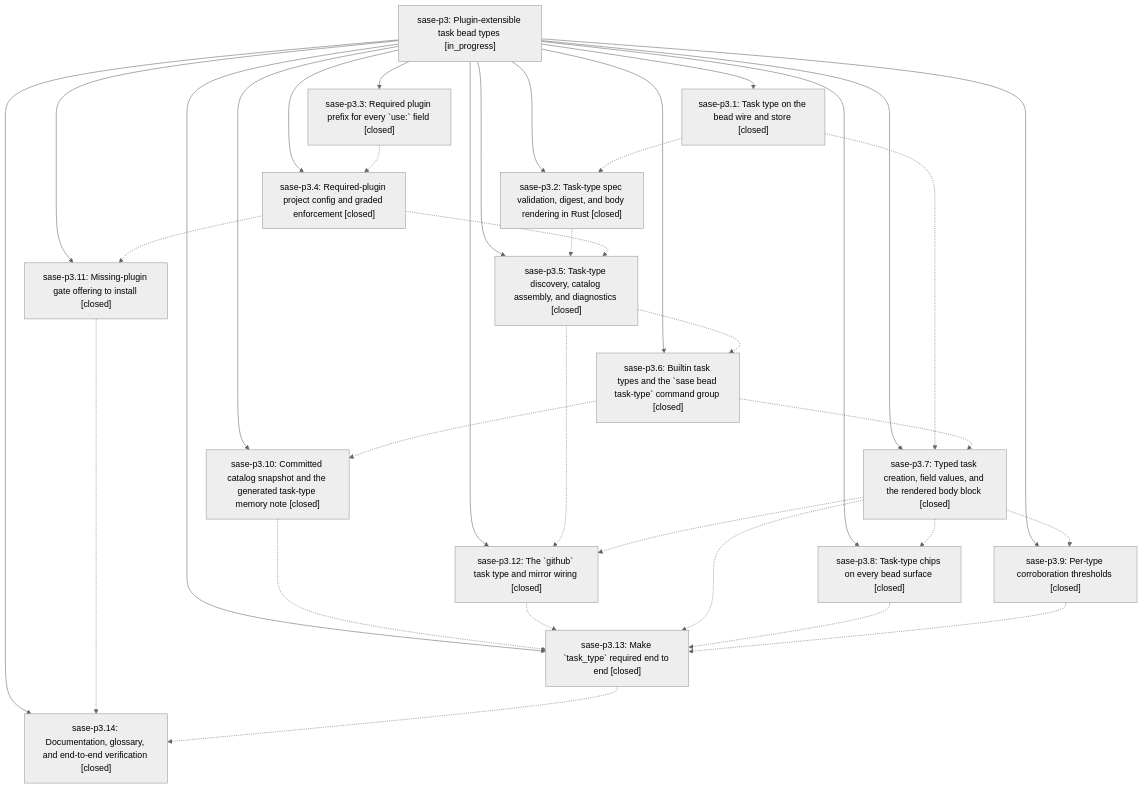
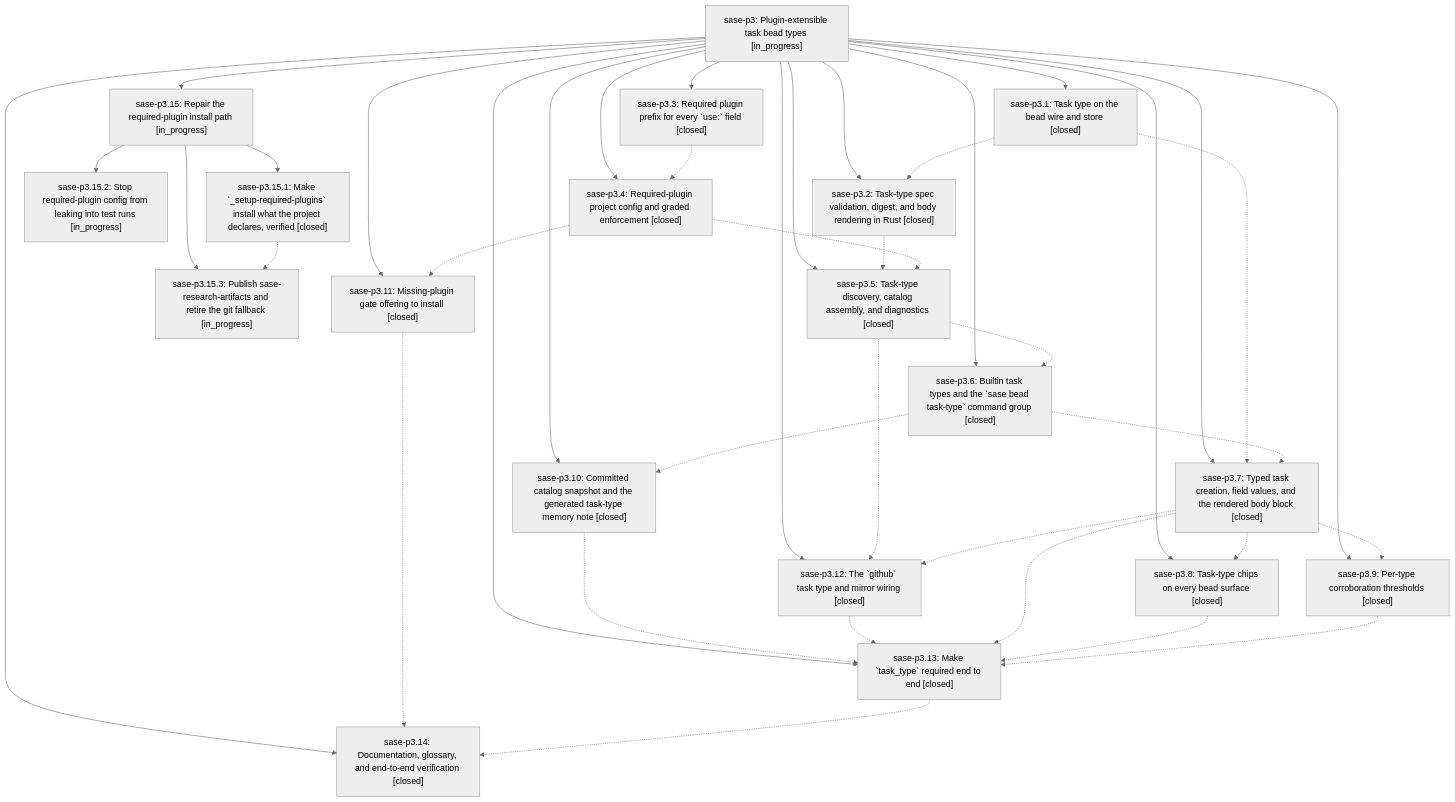
One commit to sase-org/sase--beads changed the diagram in pages/sase-p3/README.md. Above: the diagram before and after it, drawn with Mermaid (neutral theme). The commit also changed other lines of this file and 5 other files, not shown here.

First line of the commit message:
chore(beads): sync bead state and pages for sase-p3

````diff
--- a/pages/sase-p3/README.md
+++ b/pages/sase-p3/README.md
@@ -86,52 +86,61 @@
 ```mermaid
 flowchart TD
     n0["sase-p3: Plugin-extensible task bead types [in_progress]"]
     n1["sase-p3.1: Task type on the bead wire and store [closed]"]
     n2["sase-p3.10: Committed catalog snapshot and the generated task-type memory note [closed]"]
     n3["sase-p3.11: Missing-plugin gate offering to install [closed]"]
     n4["sase-p3.12: The `github` task type and mirror wiring [closed]"]
     n5["sase-p3.13: Make `task_type` required end to end [closed]"]
     n6["sase-p3.14: Documentation, glossary, and end-to-end verification [closed]"]
-    n7["sase-p3.2: Task-type spec validation, digest, and body rendering in Rust [closed]"]
-    n8["sase-p3.3: Required plugin prefix for every `use:` field [closed]"]
-    n9["sase-p3.4: Required-plugin project config and graded enforcement [closed]"]
-    n10["sase-p3.5: Task-type discovery, catalog assembly, and diagnostics [closed]"]
-    n11["sase-p3.6: Builtin task types and the `sase bead task-type` command group [closed]"]
-    n12["sase-p3.7: Typed task creation, field values, and the rendered body block [closed]"]
-    n13["sase-p3.8: Task-type chips on every bead surface [closed]"]
-    n14["sase-p3.9: Per-type corroboration thresholds [closed]"]
+    n7["sase-p3.15: Repair the required-plugin install path [in_progress]"]
+    n8["sase-p3.15.1: Make `_setup-required-plugins` install what the project declares, verified [closed]"]
+    n9["sase-p3.15.2: Stop required-plugin config from leaking into test runs [in_progress]"]
+    n10["sase-p3.15.3: Publish sase-research-artifacts and retire the git fallback [in_progress]"]
+    n11["sase-p3.2: Task-type spec validation, digest, and body rendering in Rust [closed]"]
+    n12["sase-p3.3: Required plugin prefix for every `use:` field [closed]"]
+    n13["sase-p3.4: Required-plugin project config and graded enforcement [closed]"]
+    n14["sase-p3.5: Task-type discovery, catalog assembly, and diagnostics [closed]"]
+    n15["sase-p3.6: Builtin task types and the `sase bead task-type` command group [closed]"]
+    n16["sase-p3.7: Typed task creation, field values, and the rendered body block [closed]"]
+    n17["sase-p3.8: Task-type chips on every bead surface [closed]"]
+    n18["sase-p3.9: Per-type corroboration thresholds [closed]"]
     n0 --> n1
     n0 --> n2
     n0 --> n3
     n0 --> n4
     n0 --> n5
     n0 --> n6
     n0 --> n7
-    n0 --> n8
-    n0 --> n9
-    n0 --> n10
+    n7 --> n8
+    n7 --> n9
+    n7 --> n10
     n0 --> n11
     n0 --> n12
     n0 --> n13
     n0 --> n14
-    n1 -.-> n7
-    n1 -.-> n12
+    n0 --> n15
+    n0 --> n16
+    n0 --> n17
+    n0 --> n18
+    n1 -.-> n11
+    n1 -.-> n16
     n2 -.-> n5
     n3 -.-> n6
     n4 -.-> n5
     n5 -.-> n6
-    n7 -.-> n10
-    n8 -.-> n9
-    n9 -.-> n3
-    n9 -.-> n10
-    n10 -.-> n4
-    n10 -.-> n11
-    n11 -.-> n2
-    n11 -.-> n12
-    n12 -.-> n4
-    n12 -.-> n5
+    n8 -.-> n10
+    n11 -.-> n14
     n12 -.-> n13
-    n12 -.-> n14
-    n13 -.-> n5
-    n14 -.-> n5
+    n13 -.-> n3
+    n13 -.-> n14
+    n14 -.-> n4
+    n14 -.-> n15
+    n15 -.-> n2
+    n15 -.-> n16
+    n16 -.-> n4
+    n16 -.-> n5
+    n16 -.-> n17
+    n16 -.-> n18
+    n17 -.-> n5
+    n18 -.-> n5
 ```
````
